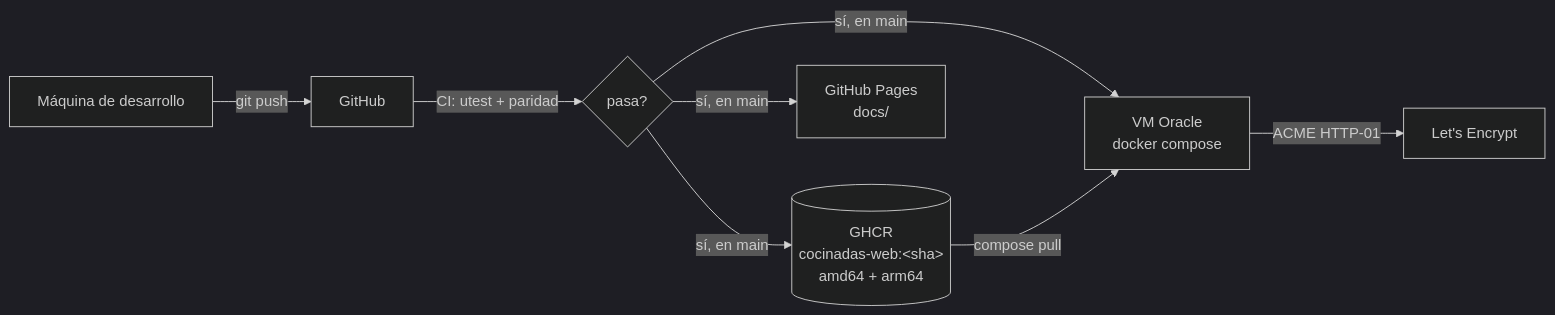
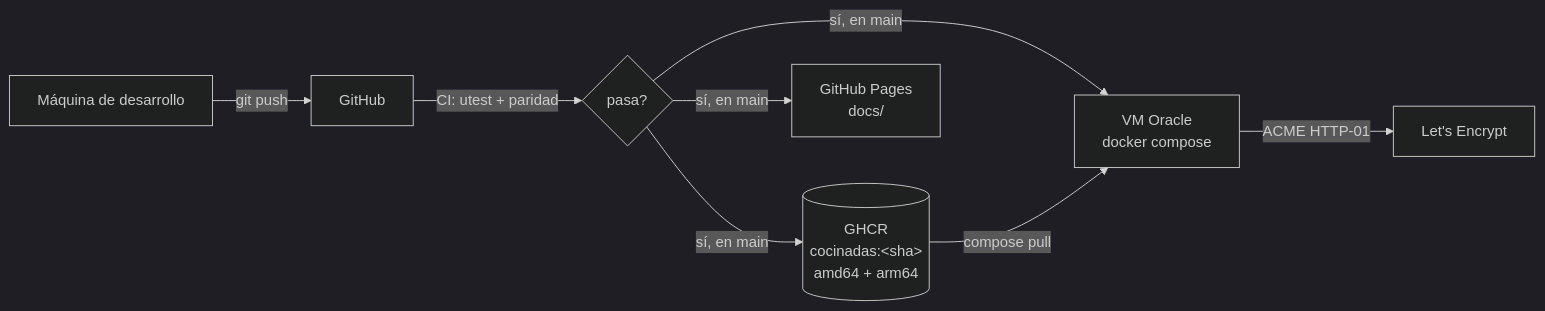
Before and after one commit to carlos-illobre/cocinadas: the fourth of 4 diagrams in docs/ARCHITECTURE.md, drawn with Mermaid (dark theme). The commit also changed 9 other files, not shown here.

````diff
--- a/docs/ARCHITECTURE.md
+++ b/docs/ARCHITECTURE.md
@@ -133,10 +133,10 @@
 ```mermaid
 flowchart LR
   dev[Máquina de desarrollo] -- git push --> gh[GitHub]
   gh -- CI: utest + paridad --> ci{pasa?}
-  ci -- sí, en main --> ghcr[(GHCR<br/>cocinadas-web:&lt;sha&gt;<br/>amd64 + arm64)]
+  ci -- sí, en main --> ghcr[(GHCR<br/>cocinadas:&lt;sha&gt;<br/>amd64 + arm64)]
   ci -- sí, en main --> pages[GitHub Pages<br/>docs/]
   ci -- sí, en main --> vm[VM Oracle<br/>docker compose]
   ghcr -- compose pull --> vm
   vm -- ACME HTTP-01 --> le[Let's Encrypt]
 ```
````
